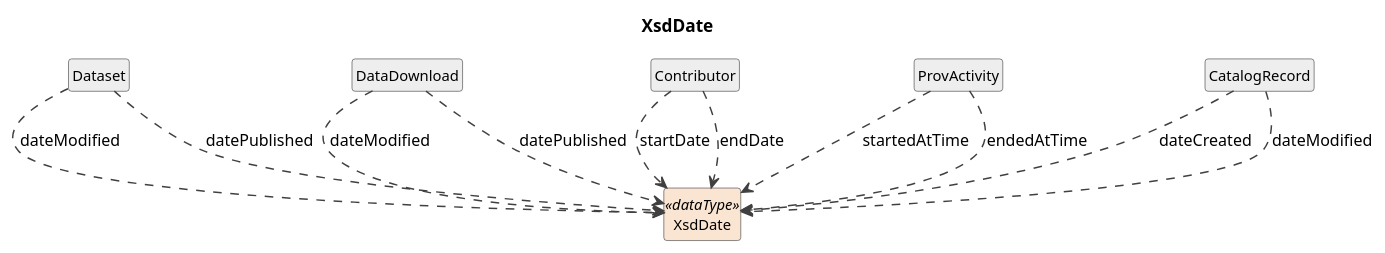
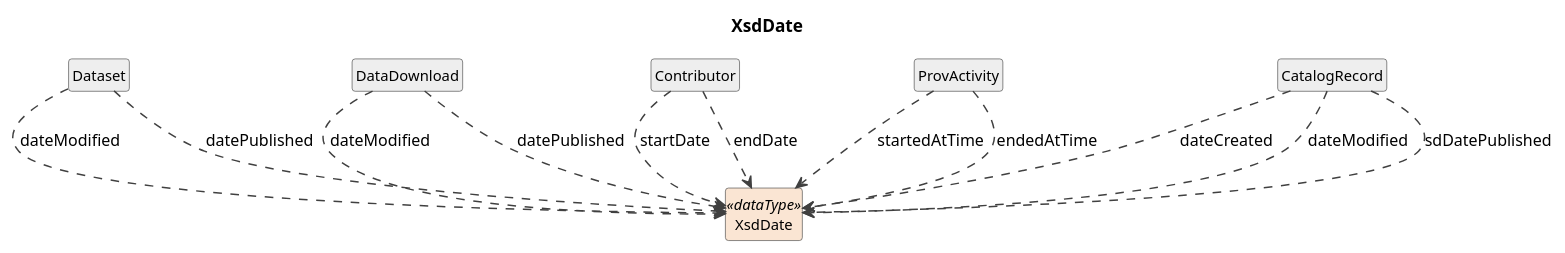
The diagram in cdif-uml-model/_plantuml/cdifCore/DataTypes/XsdDate.pu (Cross-Domain-Interoperability-Framework/metadataBuildingBlocks), drawn with PlantUML before and after one commit. The commit also changed 504 other files, not shown here.

First line of the commit message:
Regenerate cdif-uml-model browser from current profile configs

```diff
--- a/cdif-uml-model/_plantuml/cdifCore/DataTypes/XsdDate.pu
+++ b/cdif-uml-model/_plantuml/cdifCore/DataTypes/XsdDate.pu
@@ -1,30 +1,31 @@
 @startuml
 title XsdDate
 hide circle
 hide empty members
 skinparam shadowing false
 skinparam ArrowThickness 1.2
 skinparam class {
   ArrowColor #404040
   BorderColor #404040
   FontSize 12
 }
 
 class "XsdDate" as XsdDate <<dataType>> #FAE5D3
 class "Dataset" as Dataset #EEEEEE
 Dataset ..> XsdDate : dateModified
 Dataset ..> XsdDate : datePublished
 class "DataDownload" as DataDownload #EEEEEE
 DataDownload ..> XsdDate : dateModified
 DataDownload ..> XsdDate : datePublished
 class "Contributor" as Contributor #EEEEEE
 Contributor ..> XsdDate : startDate
 Contributor ..> XsdDate : endDate
 class "ProvActivity" as ProvActivity #EEEEEE
 ProvActivity ..> XsdDate : startedAtTime
 ProvActivity ..> XsdDate : endedAtTime
 class "CatalogRecord" as CatalogRecord #EEEEEE
 CatalogRecord ..> XsdDate : dateCreated
 CatalogRecord ..> XsdDate : dateModified
+CatalogRecord ..> XsdDate : sdDatePublished
 
 @enduml
```
